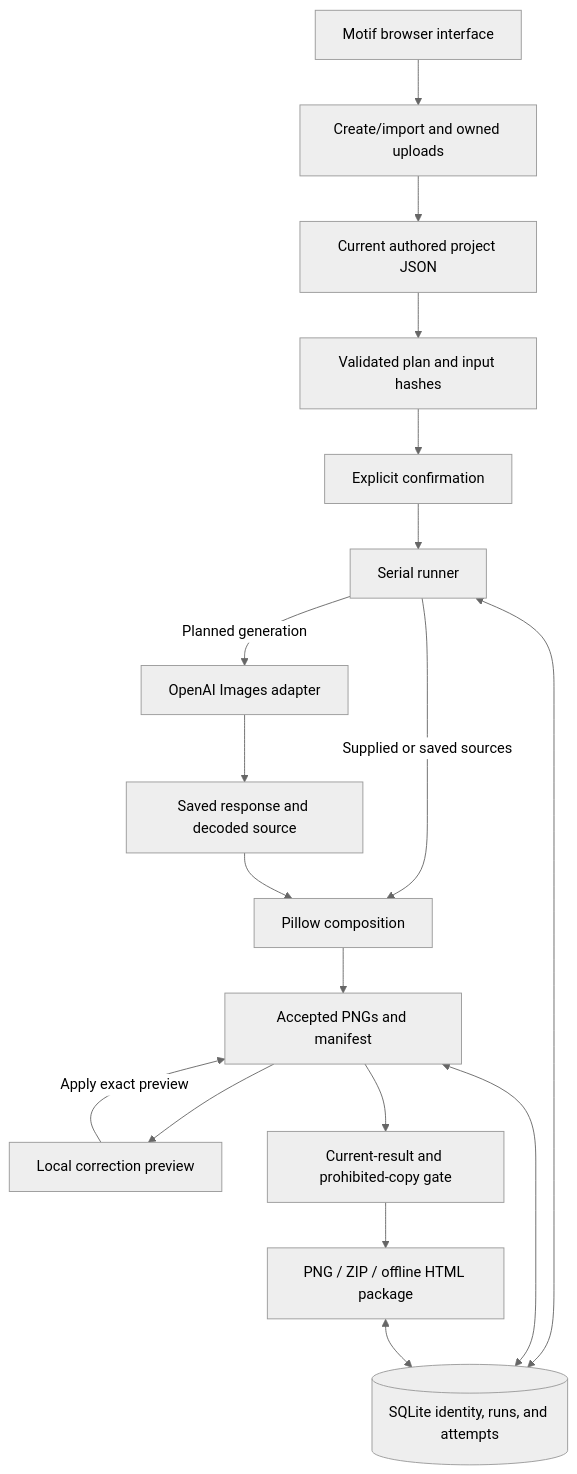
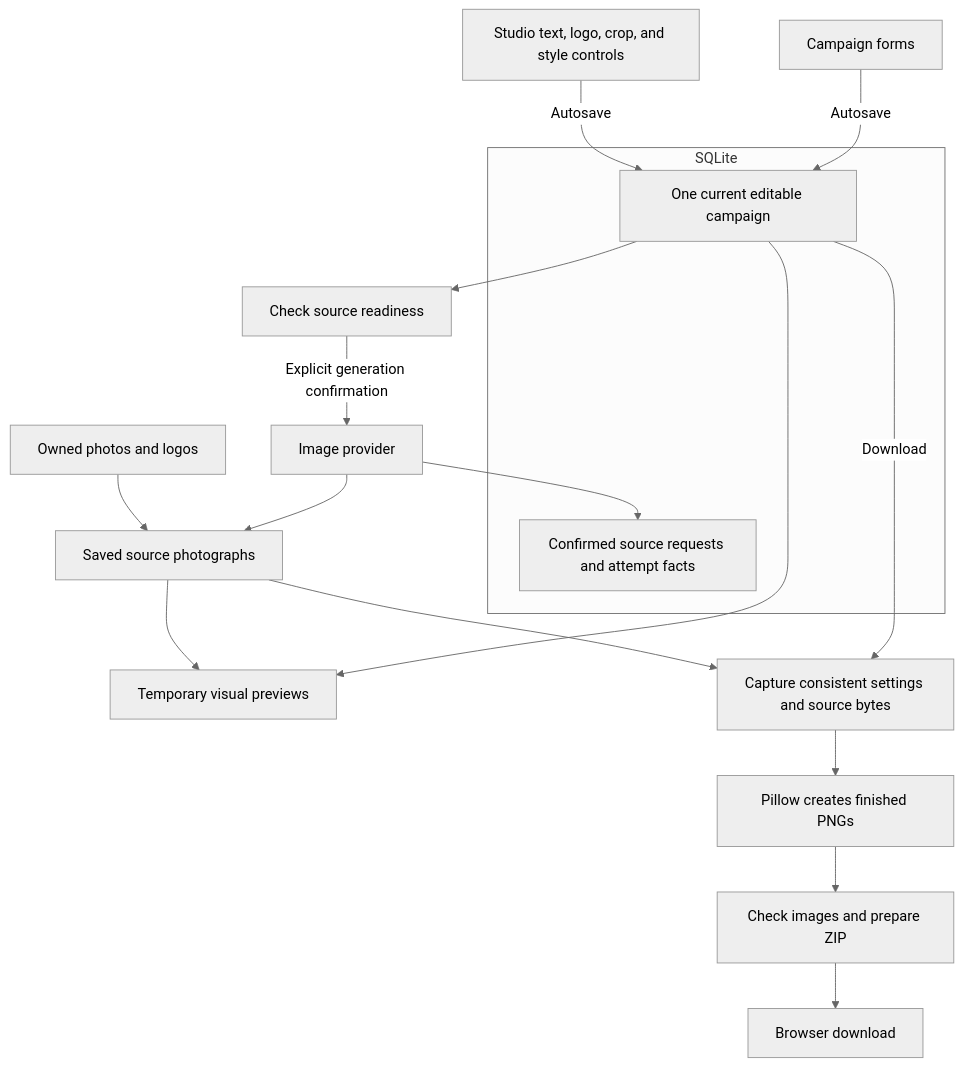
The diagram in README.md (brucebrackenjr/campaign-studio), drawn with Mermaid (neutral theme) before and after one commit. The commit also changed other lines of this file and 164 other files, not shown here.

Commit message:
Release Motif v0.3.0 with autosave and simpler delivery

````diff
--- a/README.md
+++ b/README.md
@@ -333,20 +345,21 @@
 ```mermaid
 flowchart TD
-    Browser[Motif browser interface] --> Intake[Create/import and owned uploads]
-    Intake --> Draft[Current authored project JSON]
-    Draft --> Plan[Validated plan and input hashes]
-    Plan --> Confirm[Explicit confirmation]
-    Confirm --> Runner[Serial runner]
-    Runner -->|Planned generation| Provider[OpenAI Images adapter]
-    Provider --> Receipt[Saved response and decoded source]
-    Runner -->|Supplied or saved sources| Compose[Pillow composition]
-    Receipt --> Compose
-    Compose --> Result[Accepted PNGs and manifest]
-    Result --> Preview[Local correction preview]
-    Preview -->|Apply exact preview| Result
-    Result --> Gate[Current-result and prohibited-copy gate]
-    Gate --> Export[PNG / ZIP / offline HTML package]
-    Runner <--> DB[(SQLite identity, runs, and attempts)]
-    Result <--> DB
-    Export <--> DB
+    Campaign[Campaign forms] -->|Autosave| Current
+    Studio[Studio text, logo, crop, and style controls] -->|Autosave| Current
+    subgraph Database[SQLite]
+        Current[One current editable campaign]
+        Requests[Confirmed source requests and attempt facts]
+    end
+    Current --> Planning[Check source readiness]
+    Planning -->|Explicit generation confirmation| Provider[Image provider]
+    Provider --> Sources[Saved source photographs]
+    Provider --> Requests
+    Upload[Owned photos and logos] --> Sources
+    Current --> Preview[Temporary visual previews]
+    Sources --> Preview
+    Current -->|Download| Capture[Capture consistent settings and source bytes]
+    Sources --> Capture
+    Capture --> Render[Pillow creates finished PNGs]
+    Render --> Check[Check images and prepare ZIP]
+    Check --> Browser[Browser download]
 ```
````
